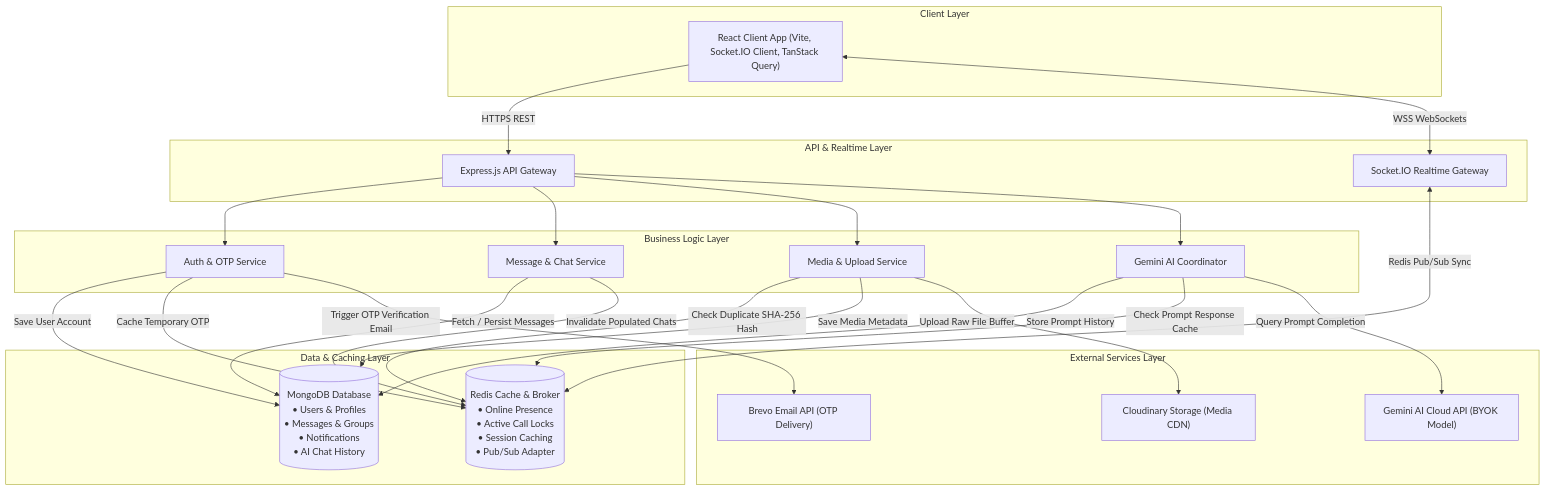
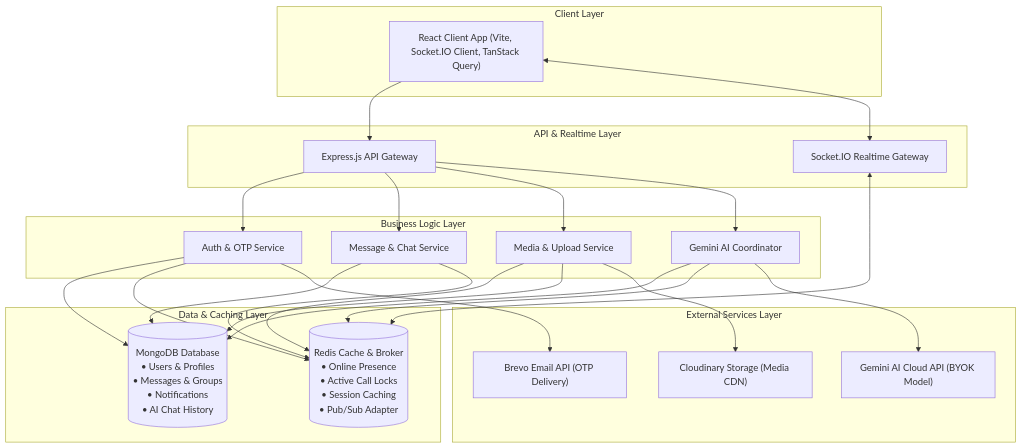
The first of 2 diagrams in docs/architecture.md (SABARITHAN-P/vertex-connect), drawn with Mermaid before and after one commit.

Commit message:
fix(docs): modified the readme version 2 (architecture.md)

````diff
--- a/docs/architecture.md
+++ b/docs/architecture.md
@@ -11,67 +11,67 @@
 ```mermaid
 graph TD
     %% 1. Client Layer
     subgraph Client Layer
         Client["React Client App (Vite, Socket.IO Client, TanStack Query)"]
     end
 
     %% 2. API & Realtime Layer
     subgraph API & Realtime Layer
         ExpressAPI["Express.js API Gateway"]
         SocketGateway["Socket.IO Realtime Gateway"]
     end
 
     %% 3. Business Logic Layer
     subgraph Business Logic Layer
         AuthService["Auth & OTP Service"]
         MsgService["Message & Chat Service"]
         MediaService["Media & Upload Service"]
         AIService["Gemini AI Coordinator"]
     end
 
     %% 4. Data Layer
     subgraph Data & Caching Layer
         MongoDB[(MongoDB Database<br/>• Users & Profiles<br/>• Messages & Groups<br/>• Notifications<br/>• AI Chat History)]
         Redis[(Redis Cache & Broker<br/>• Online Presence<br/>• Active Call Locks<br/>• Session Caching<br/>• Pub/Sub Adapter)]
     end
 
     %% 5. External Services Layer
     subgraph External Services Layer
         Brevo["Brevo Email API (OTP Delivery)"]
         Cloudinary["Cloudinary Storage (Media CDN)"]
         GeminiAPI["Gemini AI Cloud API (BYOK Model)"]
     end
 
     %% --- Request & Data Flow ---
 
     %% Client to API Gateways
-    Client -->|HTTPS REST| ExpressAPI
-    Client <-->|WSS WebSockets| SocketGateway
+    Client --> ExpressAPI
+    Client <--> SocketGateway
 
     %% API Gateways to Services
     ExpressAPI --> AuthService
     ExpressAPI --> MsgService
     ExpressAPI --> MediaService
     ExpressAPI --> AIService
     
     %% Socket Gateway presence & pub/sub adapter
-    SocketGateway <-->|Redis Pub/Sub Sync| Redis
+    SocketGateway <--> Redis
 
     %% Services to Data & Caching
-    AuthService -->|Save User Account| MongoDB
-    AuthService -->|Cache Temporary OTP| Redis
+    AuthService --> MongoDB
+    AuthService --> Redis
 
-    MsgService -->|Fetch / Persist Messages| MongoDB
-    MsgService -->|Invalidate Populated Chats| Redis
+    MsgService --> MongoDB
+    MsgService --> Redis
 
-    MediaService -->|Check Duplicate SHA-256 Hash| Redis
-    MediaService -->|Save Media Metadata| MongoDB
+    MediaService --> Redis
+    MediaService --> MongoDB
 
-    AIService -->|Store Prompt History| MongoDB
-    AIService -->|Check Prompt Response Cache| Redis
+    AIService --> MongoDB
+    AIService --> Redis
 
     %% Services to External API Gateways
-    AuthService -->|Trigger OTP Verification Email| Brevo
-    MediaService -->|Upload Raw File Buffer| Cloudinary
-    AIService -->|Query Prompt Completion| GeminiAPI
+    AuthService --> Brevo
+    MediaService --> Cloudinary
+    AIService --> GeminiAPI
 ```
````
